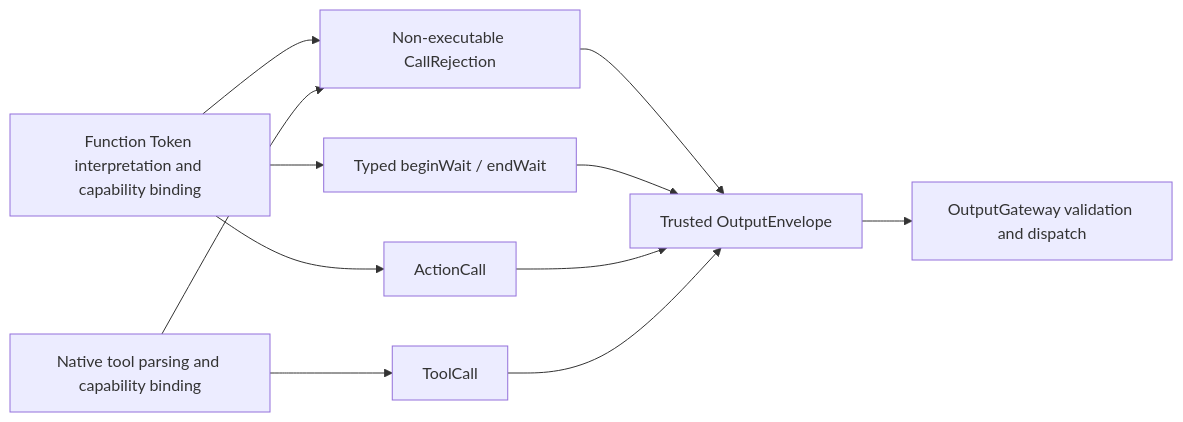
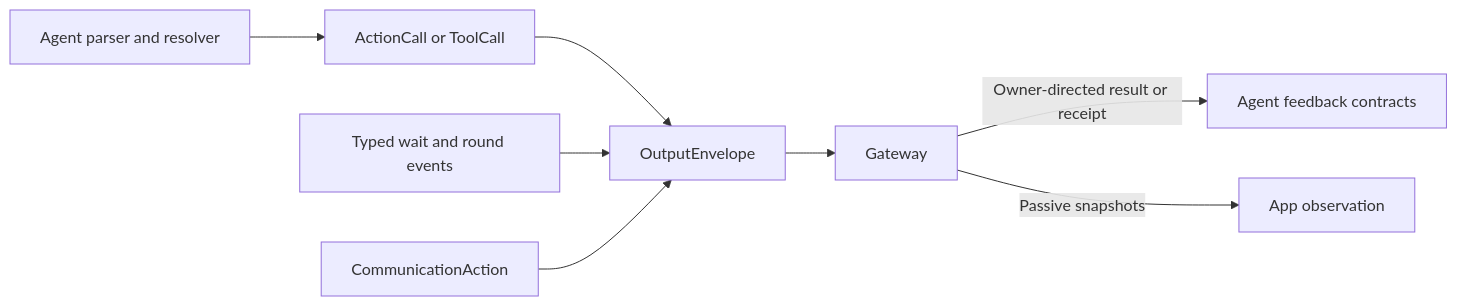
Before and after one commit to devilyouwei/MobileHarness: the diagram in MobileHarness/Agents/Support/Core/Output/README.md, drawn with Mermaid. The commit also changed other lines of this file and 116 other files, not shown here.

````diff
--- a/MobileHarness/Agents/Support/Core/Output/README.md
+++ b/MobileHarness/Agents/Support/Core/Output/README.md
@@ -14,13 +15,10 @@
 ```mermaid
 flowchart LR
-    Parser[Function Token interpretation and capability binding] --> ActionCall
-    Native[Native tool parsing and capability binding] --> ToolCall
-    Parser --> Rejection[Non-executable CallRejection]
-    Native --> Rejection
-    Rejection --> Envelope
-    Parser --> Scheduling[Typed beginWait / endWait]
-    Scheduling --> Envelope[Trusted OutputEnvelope]
-    ActionCall --> Envelope
-    ToolCall --> Envelope
-    Envelope --> Gateway[OutputGateway validation and dispatch]
+ Generator[Agent parser and resolver] --> Calls[ActionCall or ToolCall]
+ Calls --> Envelope[OutputEnvelope]
+ Scheduling[Typed wait and round events] --> Envelope
+ Communication[CommunicationAction] --> Envelope
+ Envelope --> Gateway
+ Gateway -->|Owner-directed result or receipt| Feedback[Agent feedback contracts]
+ Gateway -->|Passive snapshots| Observer[App observation]
 ```
````
